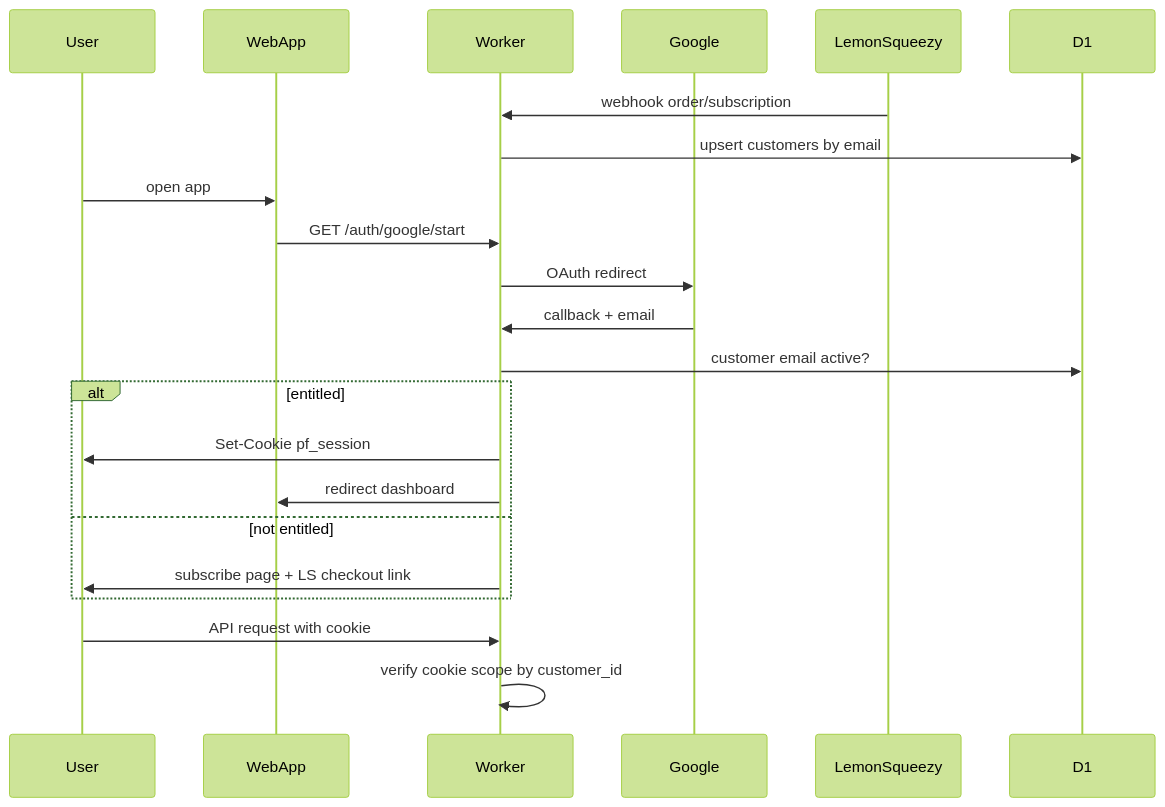
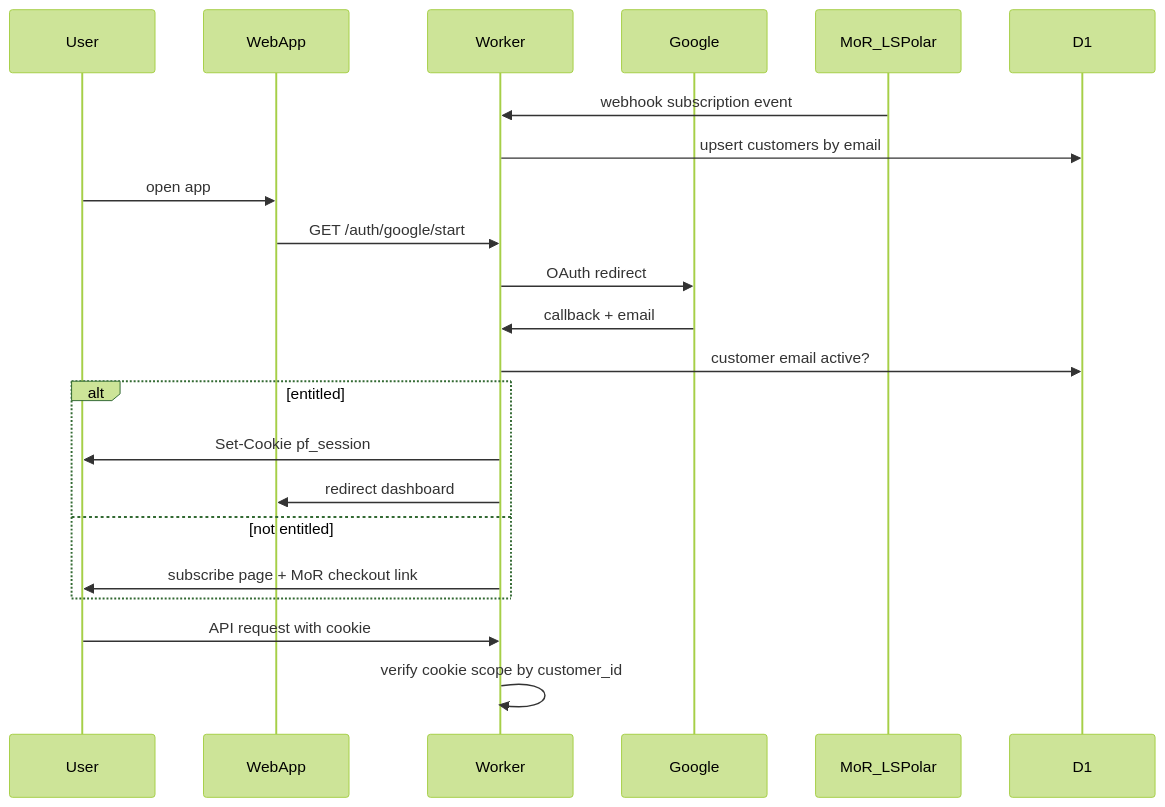
One commit to Gururajj77/knot-cms changed the second of 3 diagrams in docs/PIVOT.md. Above: the diagram before and after it, drawn with Mermaid (forest theme). The commit also changed other lines of this file and 30 other files, not shown here.

````diff
--- a/docs/PIVOT.md
+++ b/docs/PIVOT.md
@@ -93,27 +110,27 @@
 ```mermaid
 sequenceDiagram
   participant User
   participant Web as WebApp
   participant Worker
   participant Google
-  participant LS as LemonSqueezy
+  participant MoR as MoR_LSPolar
   participant D1
 
-  LS->>Worker: webhook order/subscription
+  MoR->>Worker: webhook subscription event
   Worker->>D1: upsert customers by email
 
   User->>Web: open app
   Web->>Worker: GET /auth/google/start
   Worker->>Google: OAuth redirect
   Google->>Worker: callback + email
   Worker->>D1: customer email active?
   alt entitled
     Worker->>User: Set-Cookie pf_session
     Worker->>Web: redirect dashboard
   else not entitled
-    Worker->>User: subscribe page + LS checkout link
+    Worker->>User: subscribe page + MoR checkout link
   end
 
   User->>Worker: API request with cookie
   Worker->>Worker: verify cookie scope by customer_id
 ```
````
